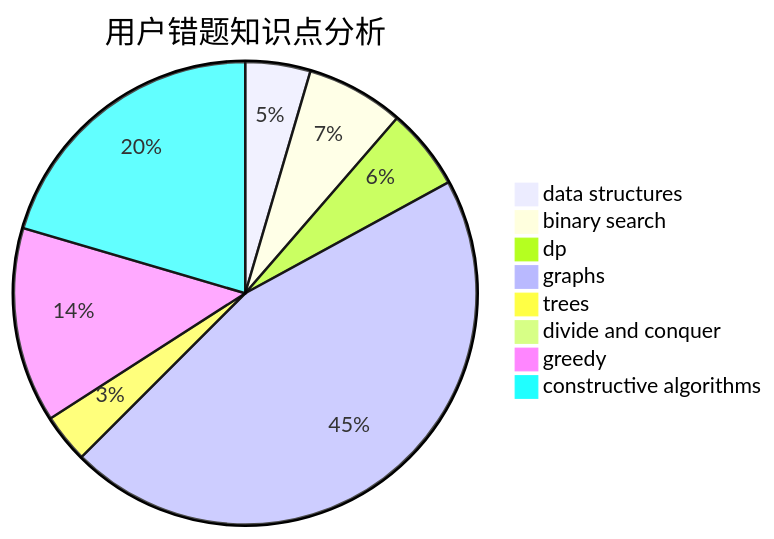
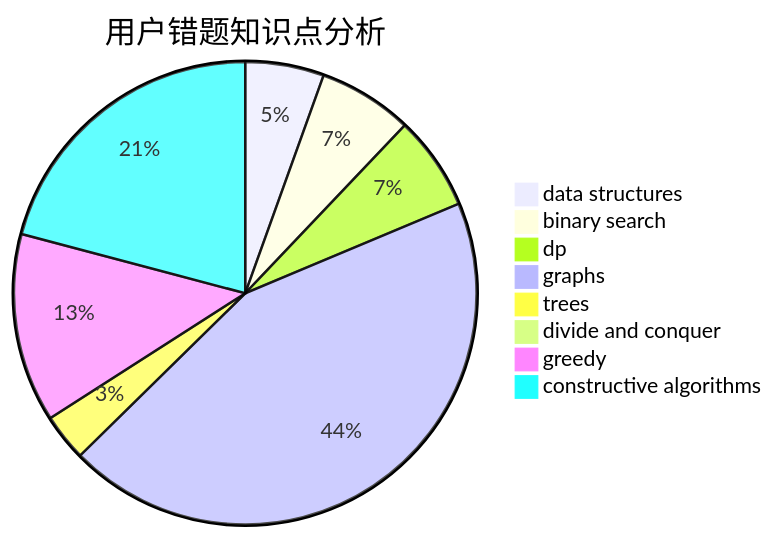
Before and after one commit to sherpahu/cfrs.github.io: the third of 3 diagrams in docs/user/u1964.md, drawn with Mermaid. The commit also changed other lines of this file and 2770 other files, not shown here.

````diff
--- a/docs/user/u1964.md
+++ b/docs/user/u1964.md
@@ -36,11 +36,11 @@
 ```mermaid
 pie title 用户错题知识点分析
-    "data structures" :  4
+    "data structures" :  5
     "binary search" :  6
-    "dp" :  5
+    "dp" :  6
     "graphs" :  40
     "trees" :  3
     "divide and conquer" :  0
     "greedy" :  12
-    "constructive algorithms" :  18
+    "constructive algorithms" :  19
 ```
````
